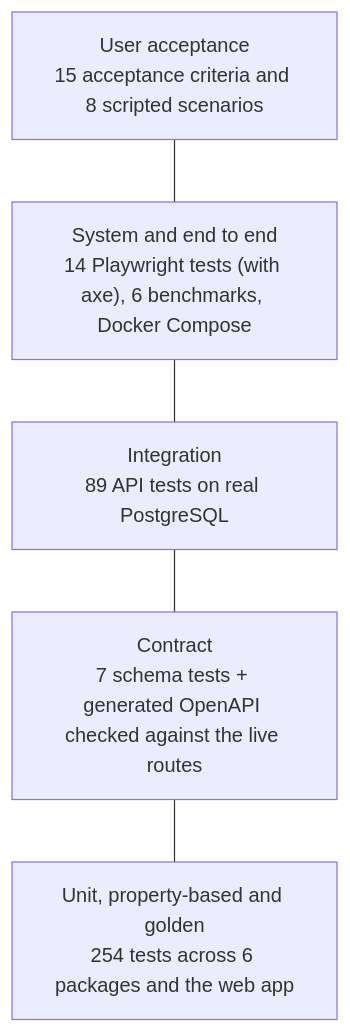
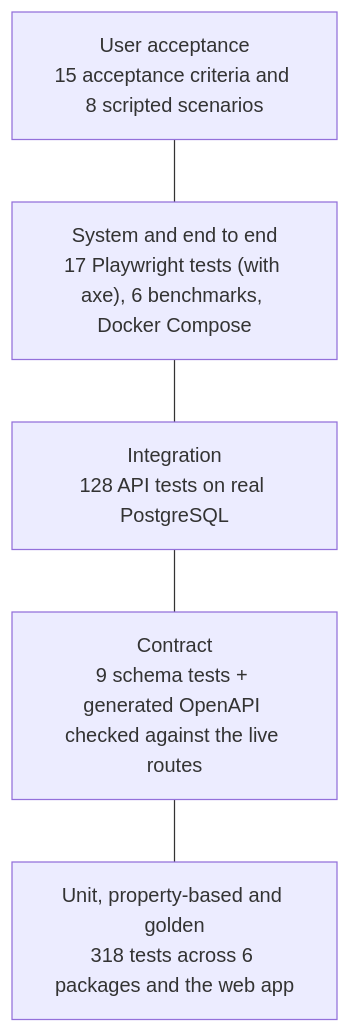
Before and after one commit to ijfabi/wageguard: the diagram in docs/testing-strategy.md, drawn with Mermaid. The commit also changed other lines of this file and 65 other files, not shown here.

````diff
--- a/docs/testing-strategy.md
+++ b/docs/testing-strategy.md
@@ -5,9 +5,9 @@
 ```mermaid
 flowchart TB
   uat["User acceptance<br/>15 acceptance criteria and 8 scripted scenarios"]
-  sys["System and end to end<br/>14 Playwright tests (with axe), 6 benchmarks, Docker Compose"]
-  int["Integration<br/>89 API tests on real PostgreSQL"]
-  con["Contract<br/>7 schema tests + generated OpenAPI checked against the live routes"]
-  unit["Unit, property-based and golden<br/>254 tests across 6 packages and the web app"]
+  sys["System and end to end<br/>17 Playwright tests (with axe), 6 benchmarks, Docker Compose"]
+  int["Integration<br/>128 API tests on real PostgreSQL"]
+  con["Contract<br/>9 schema tests + generated OpenAPI checked against the live routes"]
+  unit["Unit, property-based and golden<br/>318 tests across 6 packages and the web app"]
   uat --- sys --- int --- con --- unit
 ```
````
